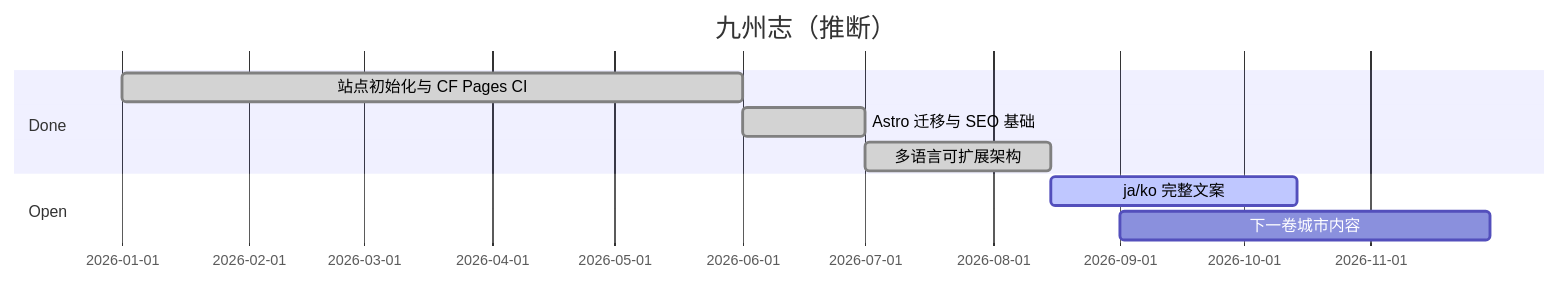
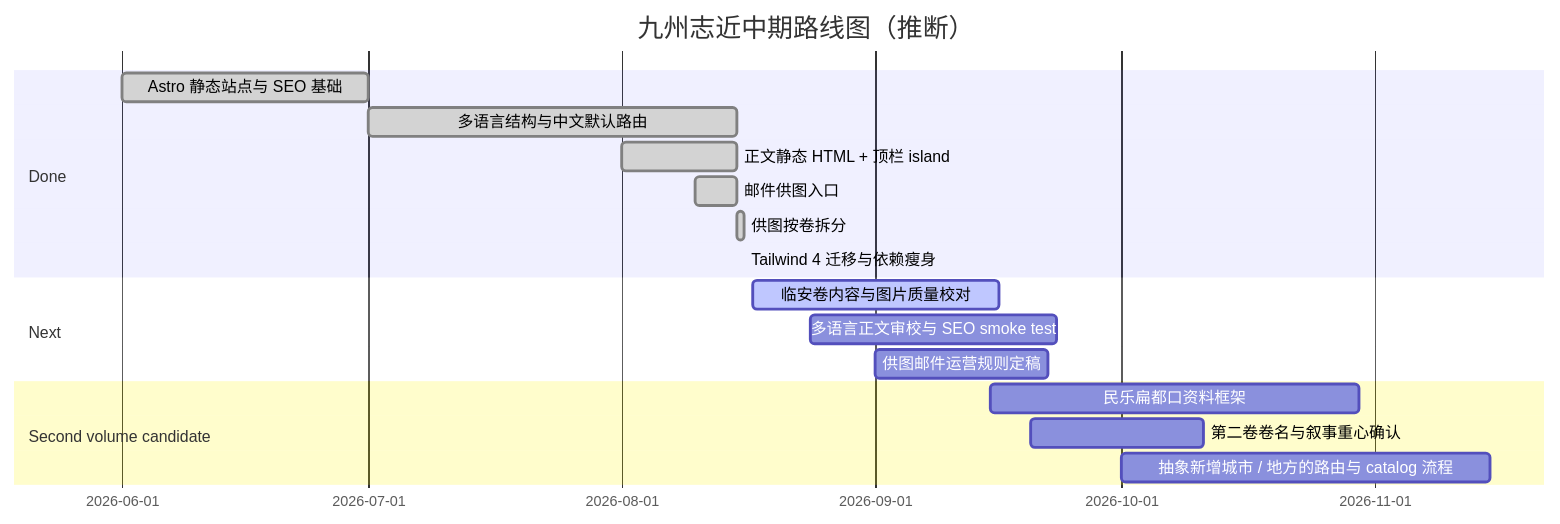
Before and after one commit to robinv8/jiuzhou-world: the diagram in brain/roadmap.md, drawn with Mermaid. The commit also changed other lines of this file and 9 other files, not shown here.

````diff
--- a/brain/roadmap.md
+++ b/brain/roadmap.md
@@ -12,12 +12,22 @@
 ```mermaid
 gantt
-  title 九州志（推断）
+  title 九州志近中期路线图（推断）
   dateFormat  YYYY-MM-DD
   section Done
-  站点初始化与 CF Pages CI     :done, 2026-01-01, 2026-06-01
-  Astro 迁移与 SEO 基础        :done, 2026-06-01, 2026-07-01
-  多语言可扩展架构             :done, 2026-07-01, 2026-08-15
-  section Open
-  ja/ko 完整文案               :active, 2026-08-15, 60d
-  下一卷城市内容               :2026-09-01, 90d
+  Astro 静态站点与 SEO 基础           :done, 2026-06-01, 2026-07-01
+  多语言结构与中文默认路由             :done, 2026-07-01, 2026-08-15
+  正文静态 HTML + 顶栏 island          :done, 2026-08-01, 2026-08-15
+  邮件供图入口                         :done, 2026-08-10, 2026-08-15
+  供图按卷拆分                         :done, 2026-08-15, 2026-08-16
+  Tailwind 4 迁移与依赖瘦身             :done, 2026-08-16, 2026-08-16
+
+  section Next
+  临安卷内容与图片质量校对              :active, 2026-08-17, 30d
+  多语言正文审校与 SEO smoke test       :2026-08-24, 30d
+  供图邮件运营规则定稿                  :2026-09-01, 21d
+
+  section Second volume candidate
+  民乐扁都口资料框架                   :2026-09-15, 45d
+  第二卷卷名与叙事重心确认              :2026-09-20, 21d
+  抽象新增城市 / 地方的路由与 catalog 流程 :2026-10-01, 45d
 ```
````
